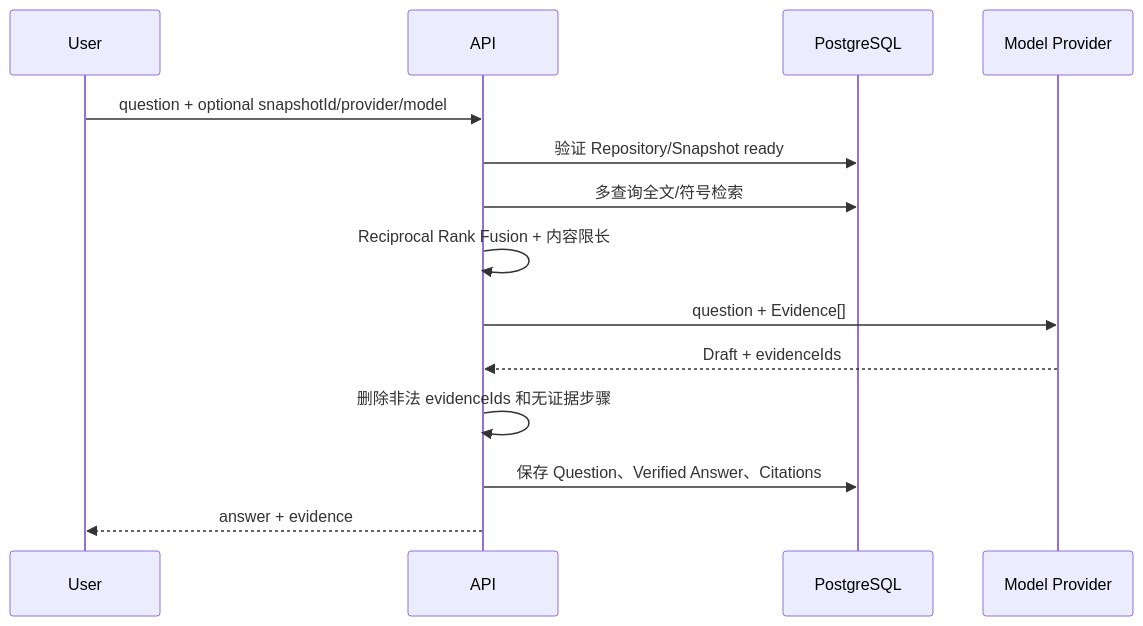
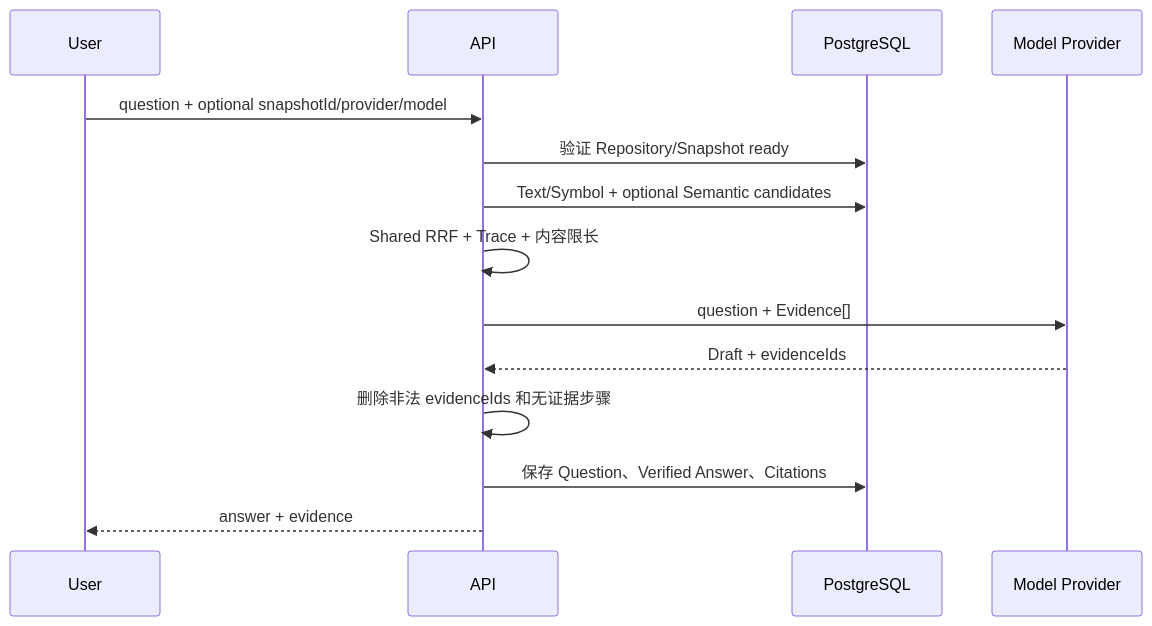
The fourth of 4 diagrams in docs/architecture/领域模型与数据流.md (githubyangjiaxun/repovista), drawn with Mermaid before and after one commit. The commit also changed other lines of this file and 49 other files, not shown here.

````diff
--- a/docs/architecture/领域模型与数据流.md
+++ b/docs/architecture/领域模型与数据流.md
@@ -143,17 +181,17 @@
 ```mermaid
 sequenceDiagram
     participant U as User
     participant A as API
     participant P as PostgreSQL
     participant M as Model Provider
 
     U->>A: question + optional snapshotId/provider/model
     A->>P: 验证 Repository/Snapshot ready
-    A->>P: 多查询全文/符号检索
-    A->>A: Reciprocal Rank Fusion + 内容限长
+    A->>P: Text/Symbol + optional Semantic candidates
+    A->>A: Shared RRF + Trace + 内容限长
     A->>M: question + Evidence[]
     M-->>A: Draft + evidenceIds
     A->>A: 删除非法 evidenceIds 和无证据步骤
     A->>P: 保存 Question、Verified Answer、Citations
     A-->>U: answer + evidence
 ```
````
